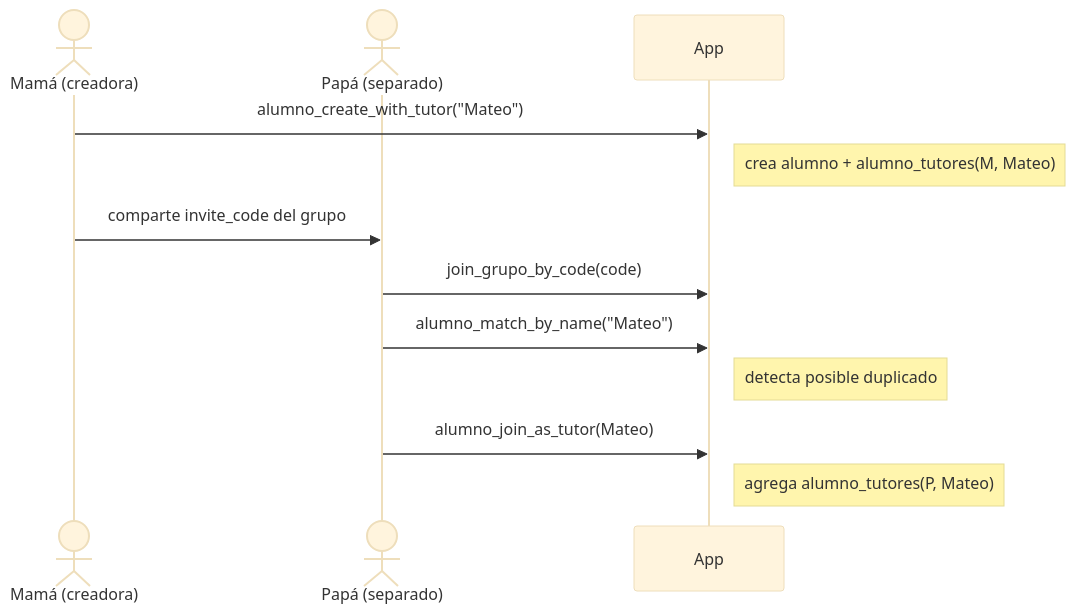
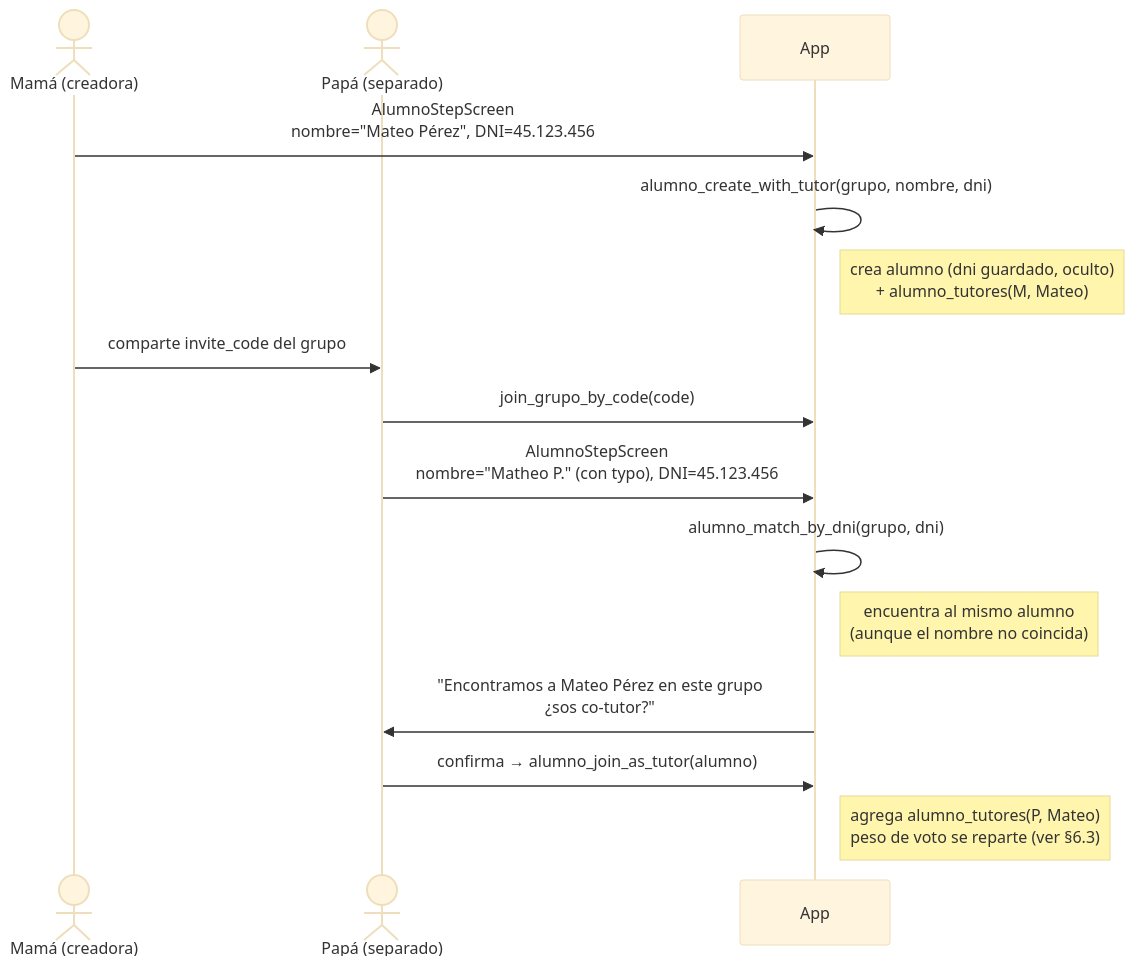
One commit to tobcde/mapapis changed the third of 11 diagrams in docs/spec-casuistica-app.md. Above: the diagram before and after it, drawn with Mermaid (base theme). The commit also changed other lines of this file and 2 other files, not shown here.

````diff
--- a/docs/spec-casuistica-app.md
+++ b/docs/spec-casuistica-app.md
@@ -134,13 +137,16 @@
 ```mermaid
 sequenceDiagram
     actor M as Mamá (creadora)
     actor P as Papá (separado)
-    M->>App: alumno_create_with_tutor("Mateo")
-    Note right of App: crea alumno + alumno_tutores(M, Mateo)
+    M->>App: AlumnoStepScreen<br/>nombre="Mateo Pérez", DNI=45.123.456
+    App->>App: alumno_create_with_tutor(grupo, nombre, dni)
+    Note right of App: crea alumno (dni guardado, oculto)<br/>+ alumno_tutores(M, Mateo)
     M->>P: comparte invite_code del grupo
     P->>App: join_grupo_by_code(code)
-    P->>App: alumno_match_by_name("Mateo")
-    Note right of App: detecta posible duplicado
-    P->>App: alumno_join_as_tutor(Mateo)
-    Note right of App: agrega alumno_tutores(P, Mateo)
+    P->>App: AlumnoStepScreen<br/>nombre="Matheo P." (con typo), DNI=45.123.456
+    App->>App: alumno_match_by_dni(grupo, dni)
+    Note right of App: encuentra al mismo alumno<br/>(aunque el nombre no coincida)
+    App->>P: "Encontramos a Mateo Pérez en este grupo<br/>¿sos co-tutor?"
+    P->>App: confirma → alumno_join_as_tutor(alumno)
+    Note right of App: agrega alumno_tutores(P, Mateo)<br/>peso de voto se reparte (ver §6.3)
 ```
````
